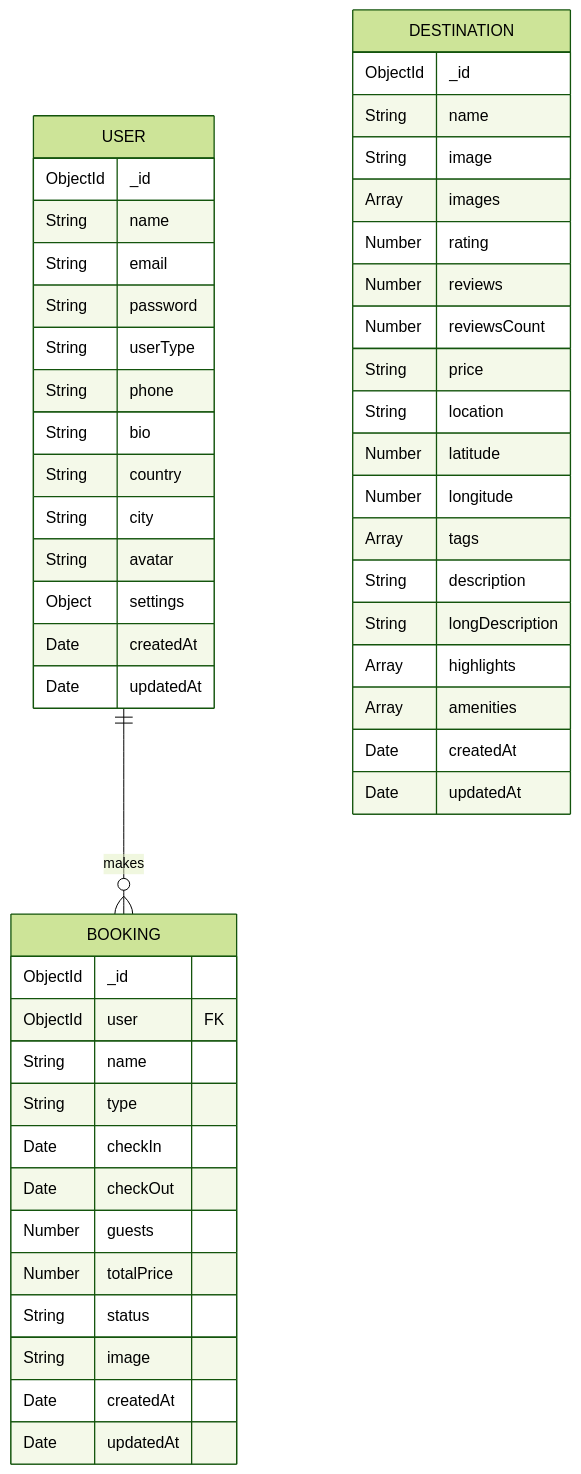
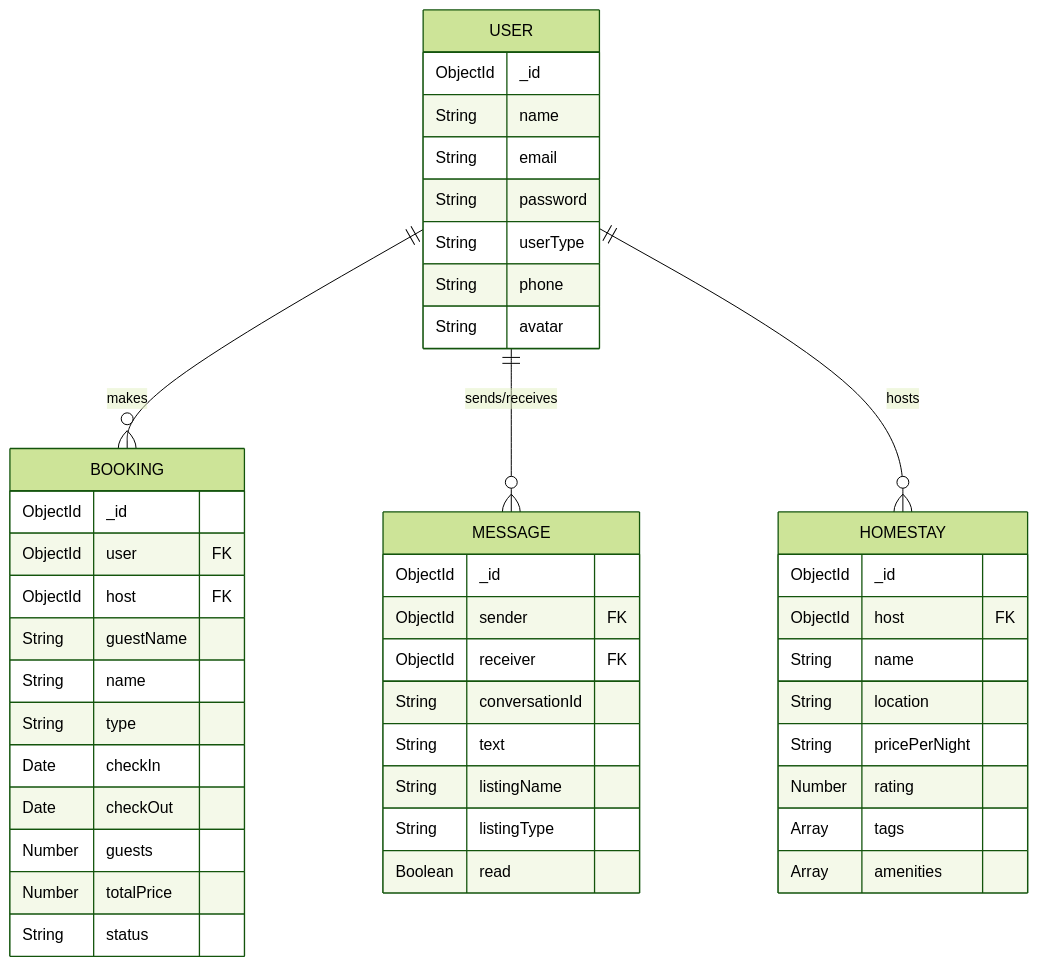
One commit to kanchankumar2004/EcoExplorer changed the diagram in README.md. Above: the diagram before and after it, drawn with Mermaid (forest theme). The commit also changed other lines of this file, not shown here.

Commit message:
docs: update README.md with backend endpoints, messaging APIs, and updated DB schema

````diff
--- a/README.md
+++ b/README.md
@@ -103,53 +51,52 @@
 ```mermaid
 erDiagram
     USER ||--o{ BOOKING : "makes"
+    USER ||--o{ MESSAGE : "sends/receives"
+    USER ||--o{ HOMESTAY : "hosts"
+    
     USER {
         ObjectId _id
         String name
         String email
         String password
         String userType
         String phone
-        String bio
-        String country
-        String city
         String avatar
-        Object settings
-        Date createdAt
-        Date updatedAt
     }
-    DESTINATION {
+    
+    MESSAGE {
         ObjectId _id
-        String name
-        String image
-        Array images
-        Number rating
-        Number reviews
-        Number reviewsCount
-        String price
-        String location
-        Number latitude
-        Number longitude
-        Array tags
-        String description
-        String longDescription
-        Array highlights
-        Array amenities
-        Date createdAt
-        Date updatedAt
+        ObjectId sender FK
+        ObjectId receiver FK
+        String conversationId
+        String text
+        String listingName
+        String listingType
+        Boolean read
     }
+
     BOOKING {
         ObjectId _id
         ObjectId user FK
+        ObjectId host FK
+        String guestName
         String name
         String type
         Date checkIn
         Date checkOut
         Number guests
         Number totalPrice
         String status
-        String image
-        Date createdAt
-        Date updatedAt
+    }
+    
+    HOMESTAY {
+        ObjectId _id
+        ObjectId host FK
+        String name
+        String location
+        String pricePerNight
+        Number rating
+        Array tags
+        Array amenities
     }
 ```
````
